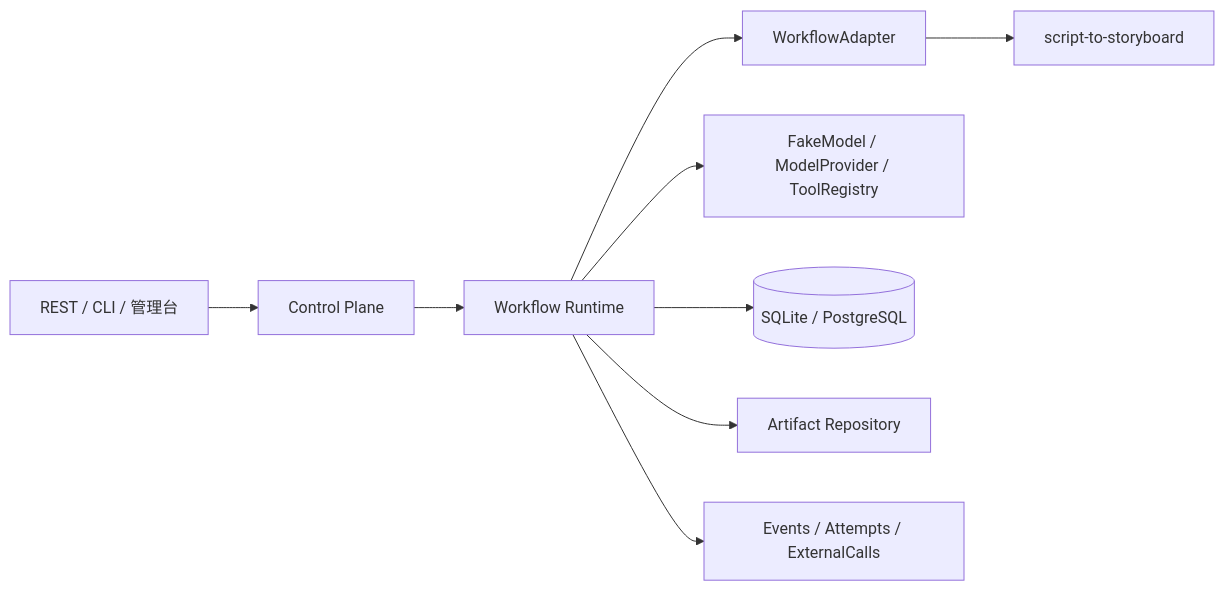
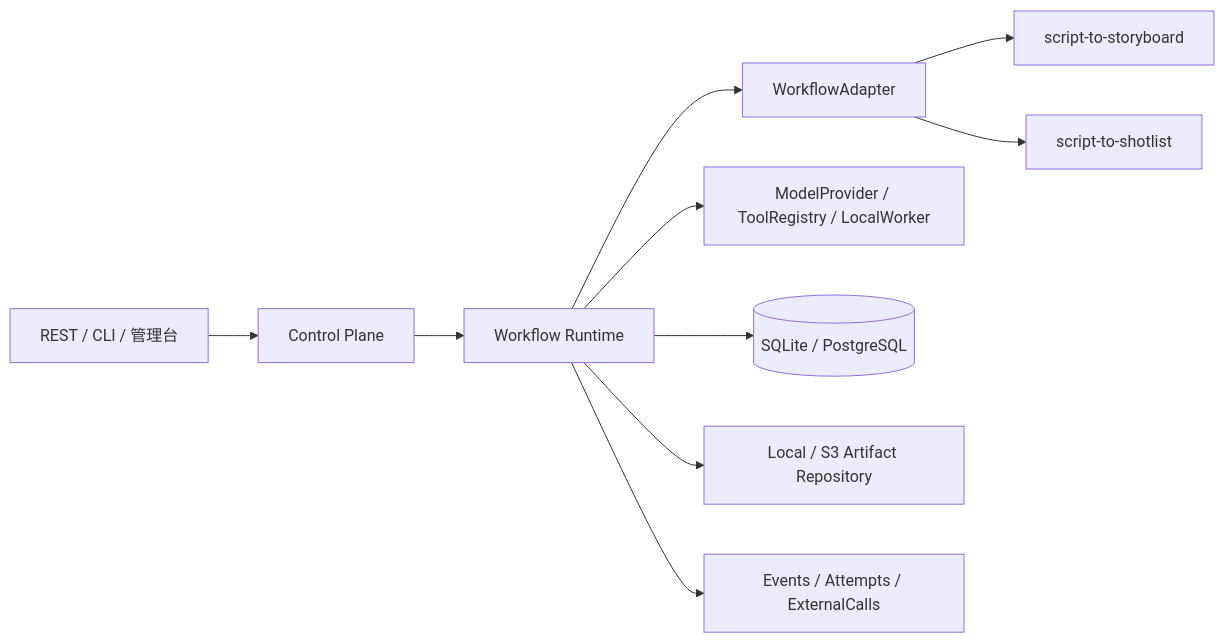
Before and after one commit to jiping730/shortdrama-agent-workbench: the diagram in README.md, drawn with Mermaid. The commit also changed other lines of this file and 15 other files, not shown here.

````diff
--- a/README.md
+++ b/README.md
@@ -23,11 +25,12 @@
 ```mermaid
 flowchart LR
   Client[REST / CLI / 管理台] --> Control[Control Plane]
   Control --> Runtime[Workflow Runtime]
   Runtime --> Adapter[WorkflowAdapter]
   Adapter --> Storyboard[script-to-storyboard]
-  Runtime --> Execution[FakeModel / ModelProvider / ToolRegistry]
+  Adapter --> Shotlist[script-to-shotlist]
+  Runtime --> Execution[ModelProvider / ToolRegistry / LocalWorker]
   Runtime --> DB[(SQLite / PostgreSQL)]
-  Runtime --> Artifacts[Artifact Repository]
+  Runtime --> Artifacts[Local / S3 Artifact Repository]
   Runtime --> Audit[Events / Attempts / ExternalCalls]
 ```
````
